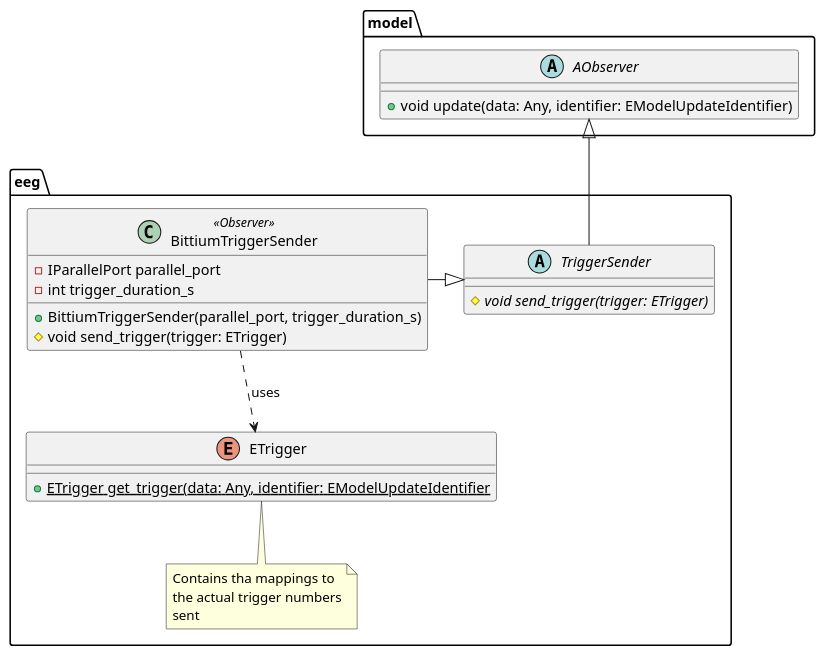
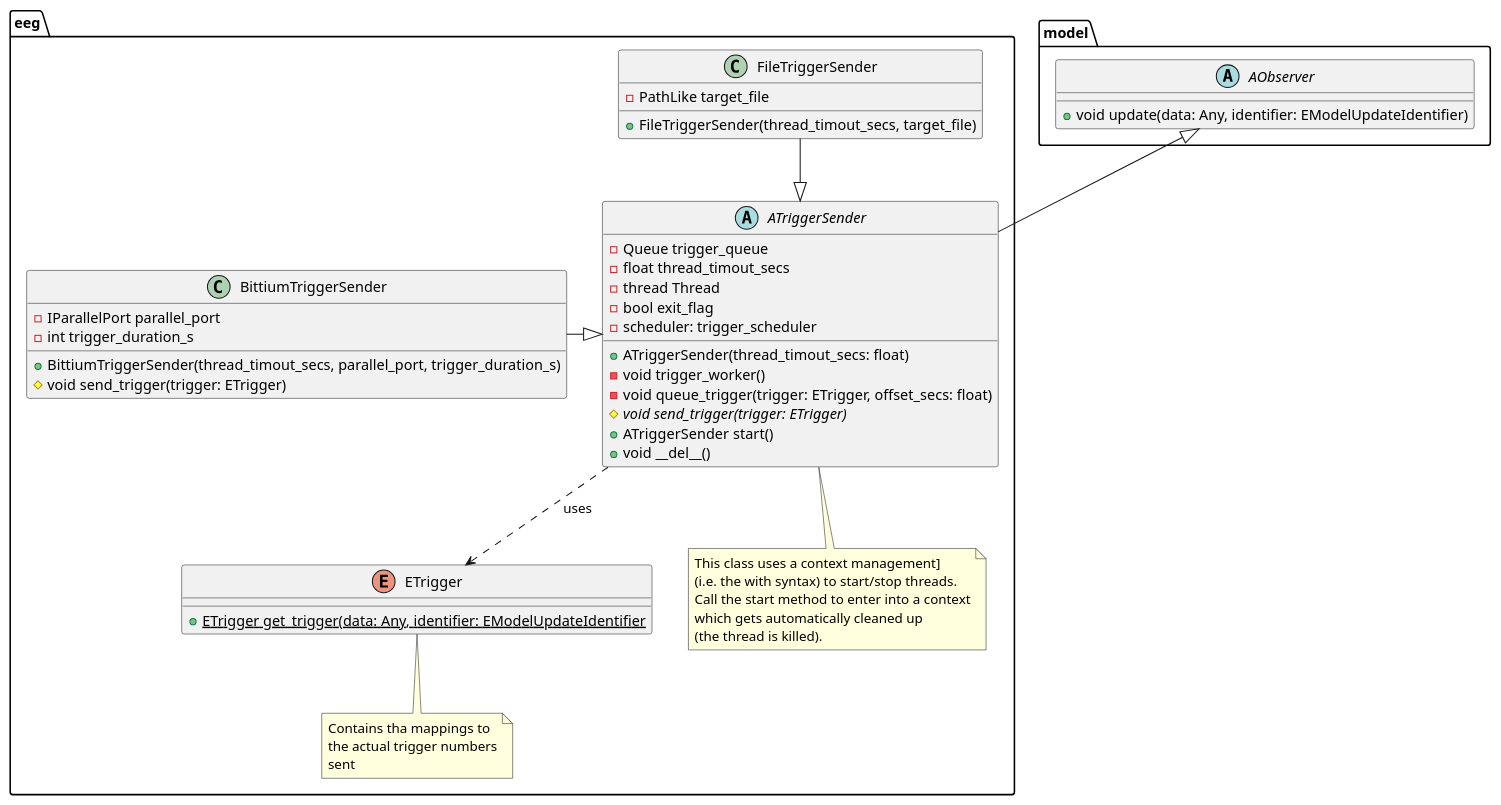
The diagram in diagrams/plantuml/class/eeg_class.puml (michalrzak/auditory-intention-decoding), drawn with PlantUML before and after one commit. The commit also changed 1 other file, not shown here.

Commit message:
updated diagrams (#88)
* updated diagrams

```diff
--- a/diagrams/plantuml/class/eeg_class.puml
+++ b/diagrams/plantuml/class/eeg_class.puml
@@ -1,32 +1,57 @@
 @startuml
 
 package model {
     abstract class AObserver {
         +void update(data: Any, identifier: EModelUpdateIdentifier)
     }
 }
 
 
+
 package eeg {
    enum ETrigger{
      +ETrigger {static} get_trigger(data: Any, identifier: EModelUpdateIdentifier
    }
    note bottom of ETrigger: Contains tha mappings to\nthe actual trigger numbers\nsent
 
-    abstract class TriggerSender {
+    abstract class ATriggerSender {
+        -Queue trigger_queue
+        -float thread_timout_secs
+        -thread Thread
+        -bool exit_flag
+        -scheduler: trigger_scheduler
+
+        +ATriggerSender(thread_timout_secs: float)
+        -void trigger_worker()
+        -void queue_trigger(trigger: ETrigger, offset_secs: float)
         #void {abstract} send_trigger(trigger: ETrigger)
+        +ATriggerSender start()
+        +void __del__()
     }
+    note bottom
+        This class uses a context management]
+        (i.e. the with syntax) to start/stop threads.
+        Call the start method to enter into a context
+        which gets automatically cleaned up
+        (the thread is killed).
+    end note
 
-   class BittiumTriggerSender<<Observer>> {
+   class BittiumTriggerSender {
      -IParallelPort parallel_port
      -int trigger_duration_s
-     +BittiumTriggerSender(parallel_port, trigger_duration_s)
+     +BittiumTriggerSender(thread_timout_secs, parallel_port, trigger_duration_s)
      #void send_trigger(trigger: ETrigger)
    }
+
+   class FileTriggerSender {
+     -PathLike target_file
+     +FileTriggerSender(thread_timout_secs, target_file)
+   }
 }
-TriggerSender -u-|> AObserver
-BittiumTriggerSender -r-|> TriggerSender
-BittiumTriggerSender ..> ETrigger: "uses"
 
+ATriggerSender -u-|> AObserver
+BittiumTriggerSender -r-|> ATriggerSender
+FileTriggerSender -d-|> ATriggerSender
+ATriggerSender ..> ETrigger: "uses"
 
 @enduml
```
